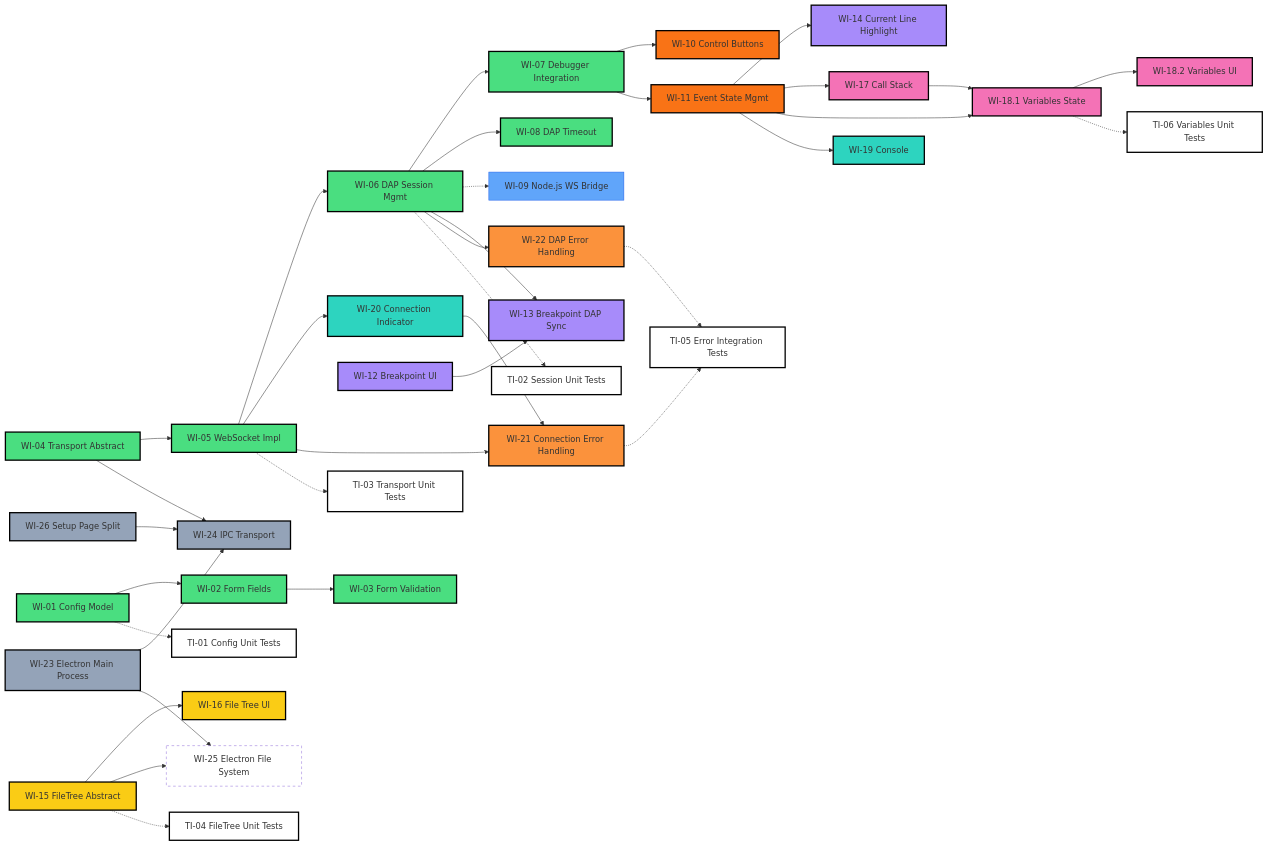
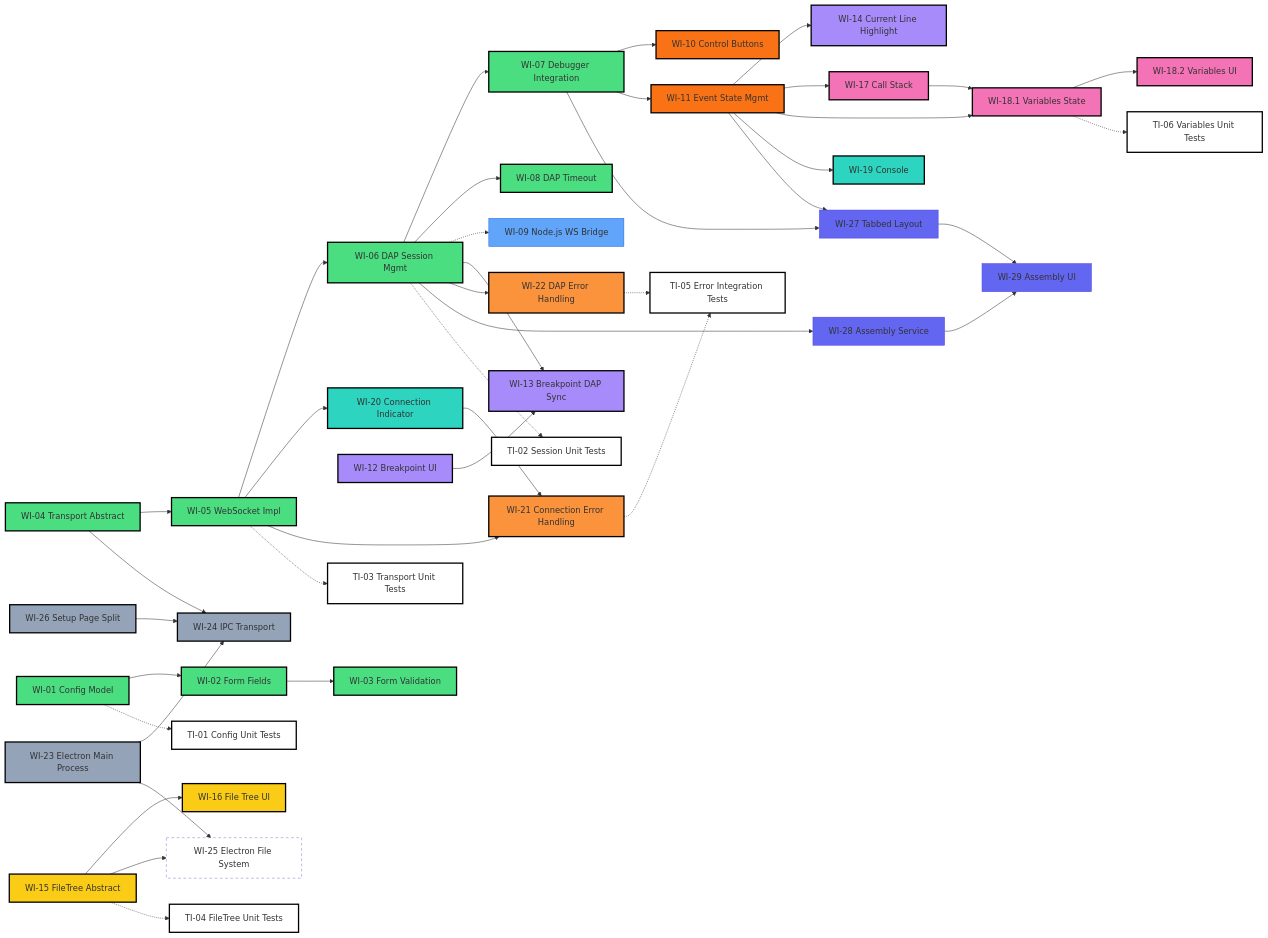
Before and after one commit to tangpo387-arch/taro-debugger: the diagram in docs/project-roadmap.md, drawn with Mermaid. The commit also changed other lines of this file and 4 other files, not shown here.

````diff
--- a/docs/project-roadmap.md
+++ b/docs/project-roadmap.md
@@ -85,6 +86,12 @@
     WI04 --> WI24
     WI23 --> WI25[WI-25 Electron File System]
     WI15 --> WI25
+    
+    WI07 --> WI27[WI-27 Tabbed Layout]
+    WI11 --> WI27
+    WI06 --> WI28[WI-28 Assembly Service]
+    WI27 --> WI29[WI-29 Assembly UI]
+    WI28 --> WI29
 
     WI01 -.-> TI01[TI-01 Config Unit Tests]
     WI06 -.-> TI02[TI-02 Session Unit Tests]
@@ -133,4 +140,8 @@
     style TI04 fill:#ffffff,stroke:#000,stroke-width:2.5px
     style TI05 fill:#ffffff,stroke:#000,stroke-width:2.5px
     style TI06 fill:#ffffff,stroke:#000,stroke-width:2.5px
+
+    style WI27 fill:#6366f1,stroke:#4f46e5
+    style WI28 fill:#6366f1,stroke:#4f46e5
+    style WI29 fill:#6366f1,stroke:#4f46e5
 ```
````
